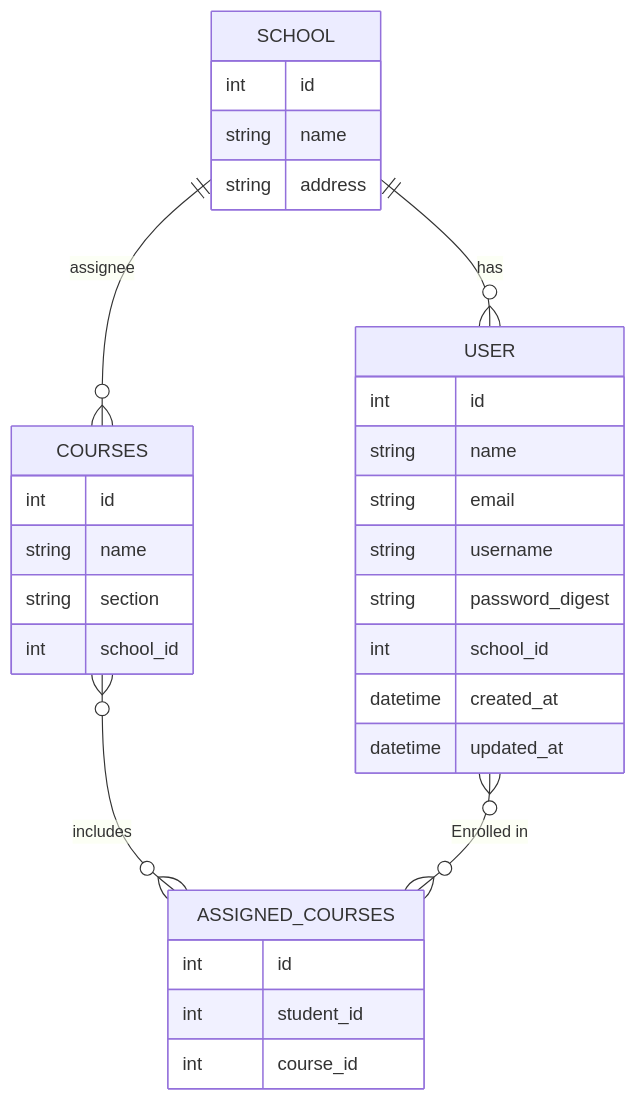
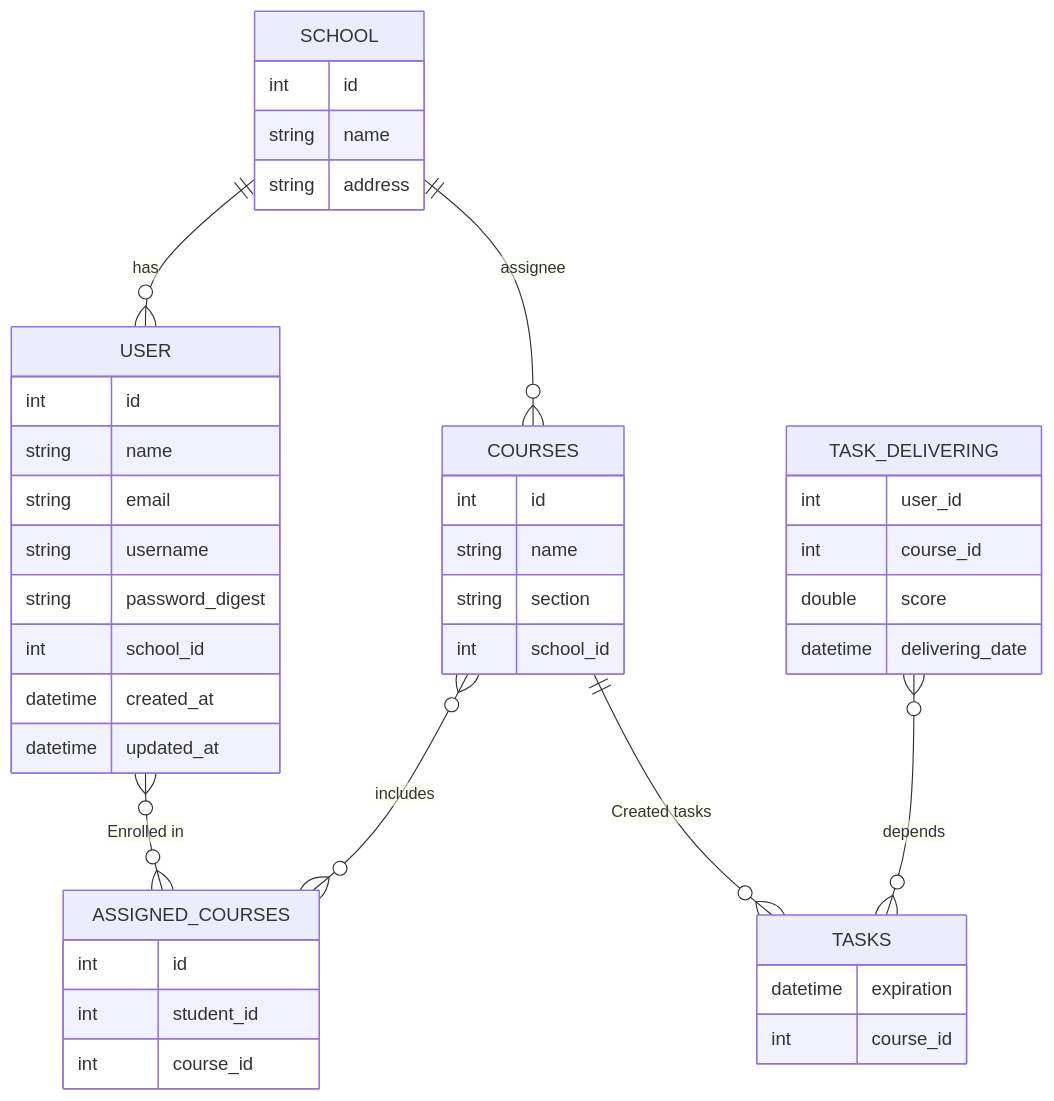
One commit to ripterdust/SchoolManagementSystem changed the diagram in diagrams/class/database.md. Above: the diagram before and after it, drawn with Mermaid.

Commit message:
Added tasks tables

````diff
--- a/diagrams/class/database.md
+++ b/diagrams/class/database.md
@@ -5,38 +5,52 @@
 ```mermaid
     erDiagram
 
     SCHOOL {
         int id
         string name
         string address
     }
 
     USER {
         int id
         string name
         string email
         string username
         string password_digest
         int school_id
         datetime created_at
         datetime updated_at
     }
 
     COURSES {
         int id
         string name
         string section
         int school_id
     }
 
     ASSIGNED_COURSES {
         int id
         int student_id
         int course_id
     }
 
+    TASKS {
+        datetime expiration
+        int course_id
+    }
+
+    TASK_DELIVERING {
+        int user_id
+        int course_id
+        double score
+        datetime delivering_date
+    }
+
     SCHOOL  ||--o{ USER : has
     COURSES }o--o{ ASSIGNED_COURSES : includes
     USER }o--o{ ASSIGNED_COURSES : "Enrolled in"
     SCHOOL ||--o{ COURSES : assignee
+    COURSES ||--o{ TASKS : "Created tasks"
+    TASK_DELIVERING }o--o{ TASKS: "depends"
 ```
````
